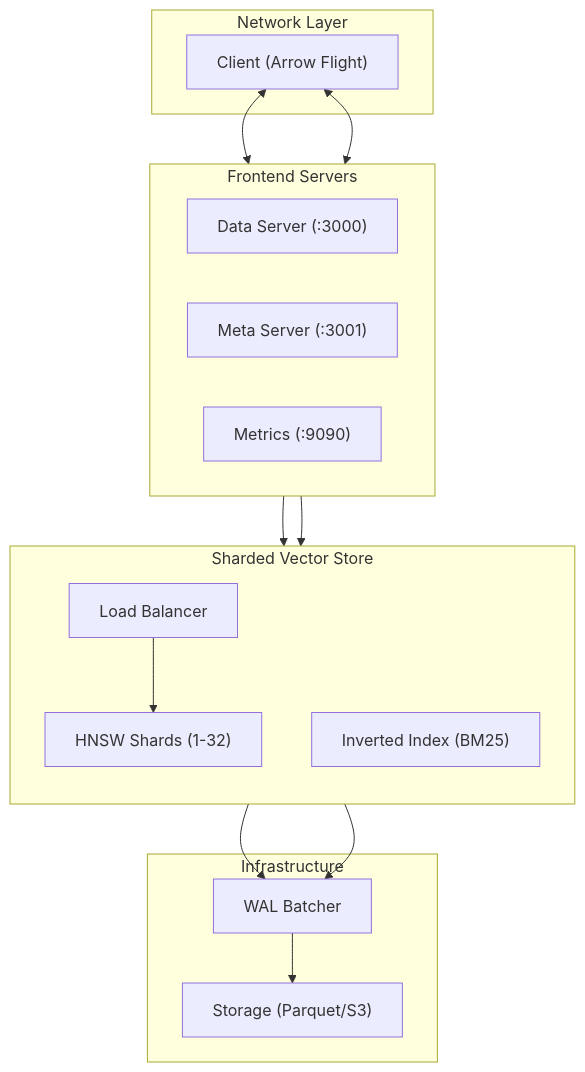
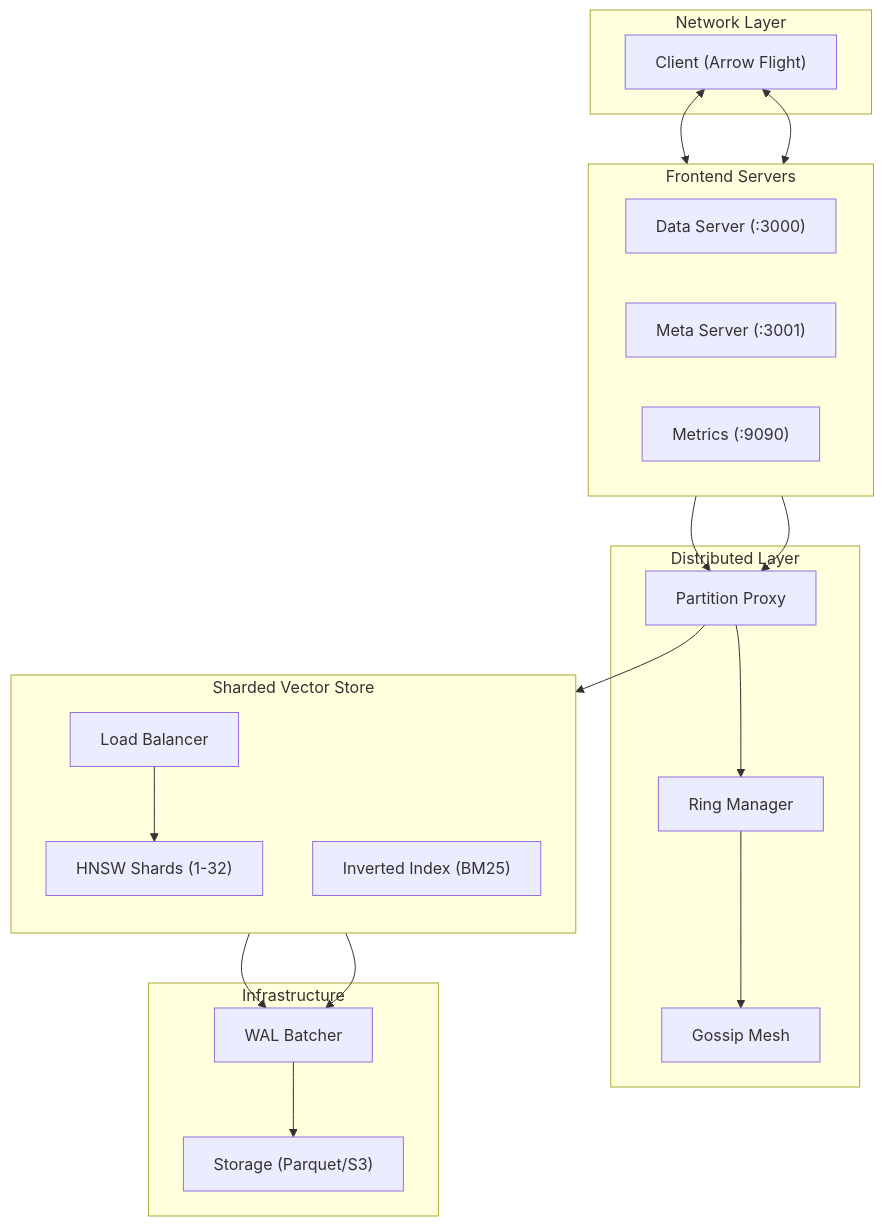
Before and after one commit to 23skdu/longbow: the diagram in docs/components.md, drawn with Mermaid. The commit also changed other lines of this file and 1 other file, not shown here.

Commit message:
docs: legacy component docs update for distributed arch

````diff
--- a/docs/components.md
+++ b/docs/components.md
@@ -176,34 +194,43 @@
 ```mermaid
 graph TB
     subgraph Net["Network Layer"]
         Client["Client (Arrow Flight)"]
     end
 
     subgraph Front["Frontend Servers"]
         direction LR
         DS["Data Server (:3000)"]
         MS["Meta Server (:3001)"]
         Prom["Metrics (:9090)"]
+    end
+
+    subgraph Dist["Distributed Layer"]
+        Proxy["Partition Proxy"]
+        Ring["Ring Manager"]
+        Gossip["Gossip Mesh"]
+        Ring --> Gossip
+        Proxy --> Ring
     end
 
     subgraph Store["Sharded Vector Store"]
         direction TB
         LS["Load Balancer"]
         Shards["HNSW Shards (1-32)"]
         Inverted["Inverted Index (BM25)"]
         LS --> Shards
     end
 
     subgraph Infra["Infrastructure"]
         WAL["WAL Batcher"]
         Storage["Storage (Parquet/S3)"]
     end
 
     Client <--> DS
     Client <--> MS
-    DS --> LS
-    MS --> LS
+    DS --> Proxy
+    MS --> Proxy
+    Proxy --> LS
     Shards --> WAL
     Inverted --> WAL
     WAL --> Storage
 ```
````
